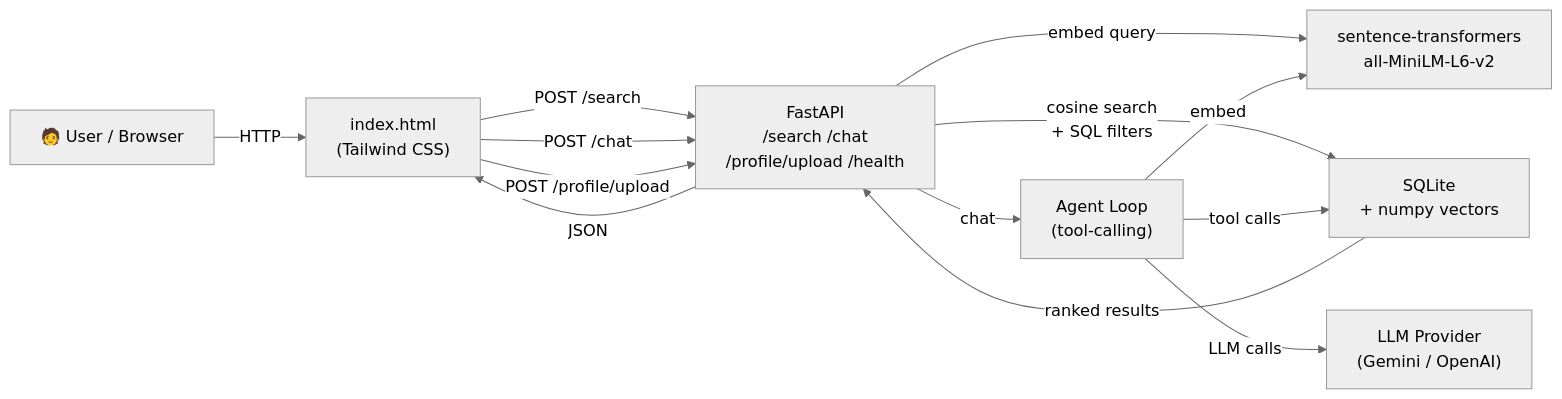
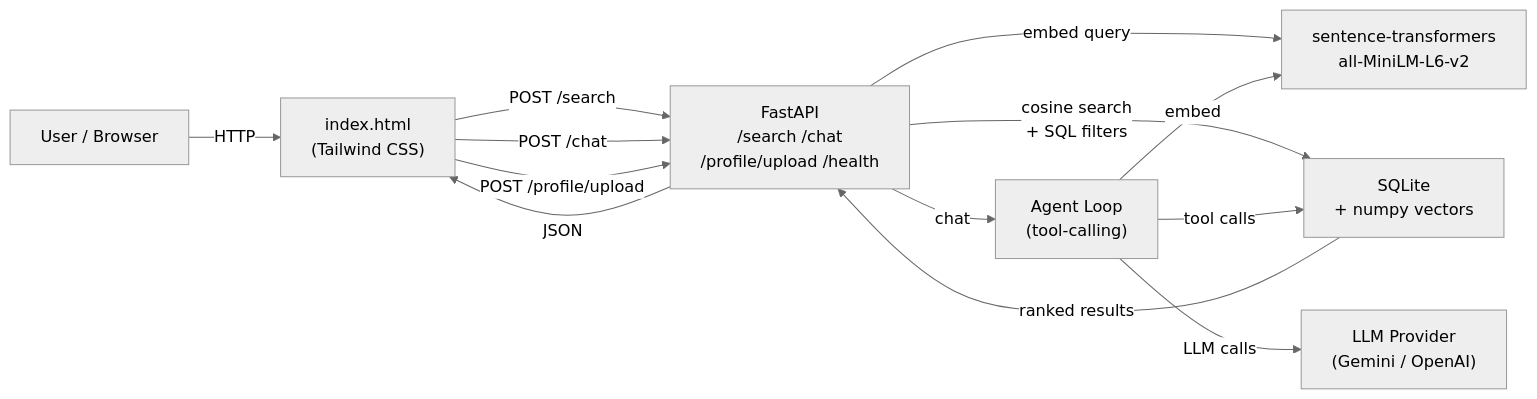
The diagram in README.md (may-waghmode/JobPilot), drawn with Mermaid (neutral theme) before and after one commit. The commit also changed other lines of this file, not shown here.

````diff
--- a/README.md
+++ b/README.md
@@ -12,23 +12,23 @@
 ```mermaid
 flowchart LR
-    User["🧑 User / Browser"]
+    User[" User / Browser"]
     UI["index.html\n(Tailwind CSS)"]
     API["FastAPI\n/search /chat\n/profile/upload /health"]
     EMB["sentence-transformers\nall-MiniLM-L6-v2"]
     LLM["LLM Provider\n(Gemini / OpenAI)"]
     Agent["Agent Loop\n(tool-calling)"]
     DB["SQLite\n+ numpy vectors"]
 
     User -->|HTTP| UI
     UI -->|POST /search| API
     UI -->|POST /chat| API
     UI -->|POST /profile/upload| API
     API -->|embed query| EMB
     API -->|cosine search\n+ SQL filters| DB
     API -->|chat| Agent
     Agent -->|tool calls| DB
     Agent -->|LLM calls| LLM
     Agent -->|embed| EMB
     DB -->|ranked results| API
     API -->|JSON| UI
 ```
````
